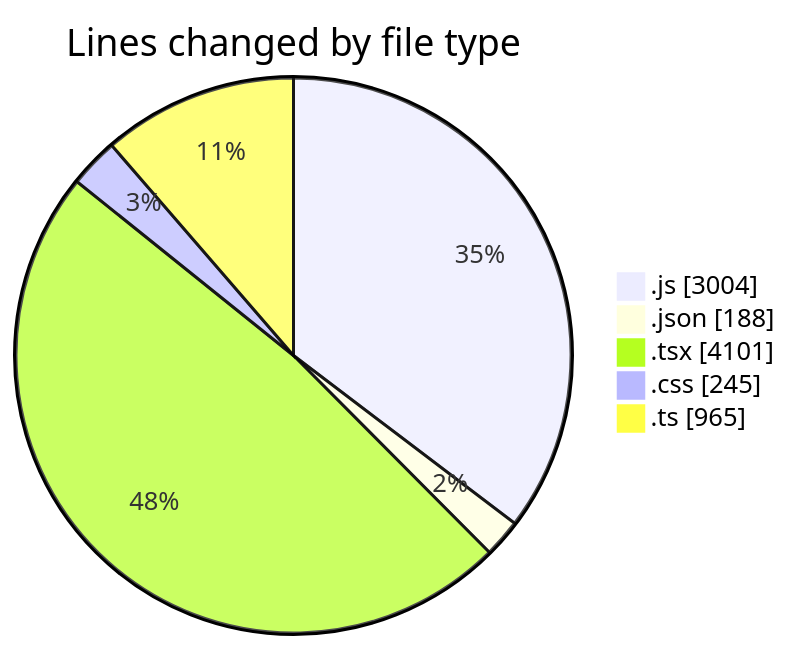
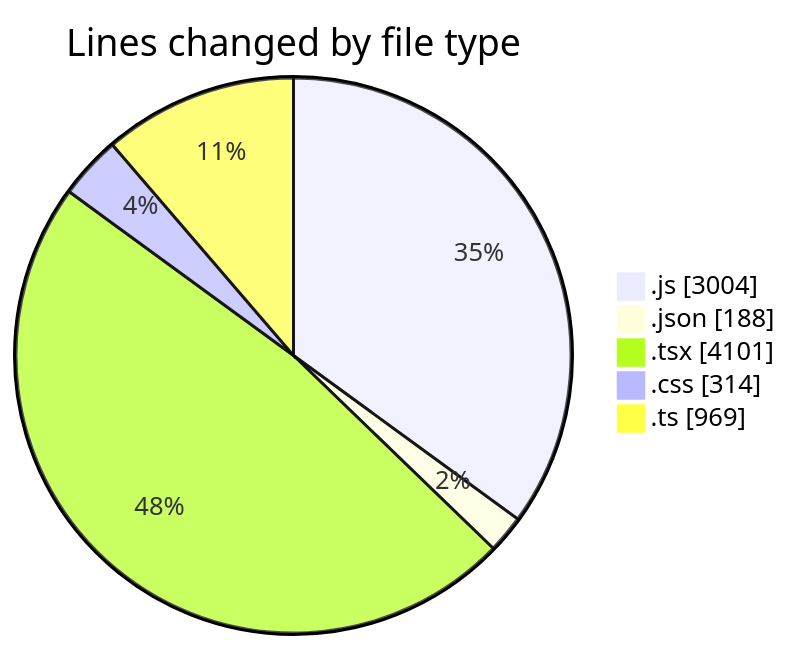
One commit to lephambinh05/code-tracking changed the first of 2 diagrams in 2025-08-09/napxuvn/README.md. Above: the diagram before and after it, drawn with Mermaid. The commit also changed other lines of this file and 1 other file, not shown here.

````diff
--- a/2025-08-09/napxuvn/README.md
+++ b/2025-08-09/napxuvn/README.md
@@ -70,9 +72,9 @@
 ```mermaid
 pie showData
 title Lines changed by file type
 ".js" : 3004
 ".json" : 188
 ".tsx" : 4101
-".css" : 245
-".ts" : 965
+".css" : 314
+".ts" : 969
 ```
````
